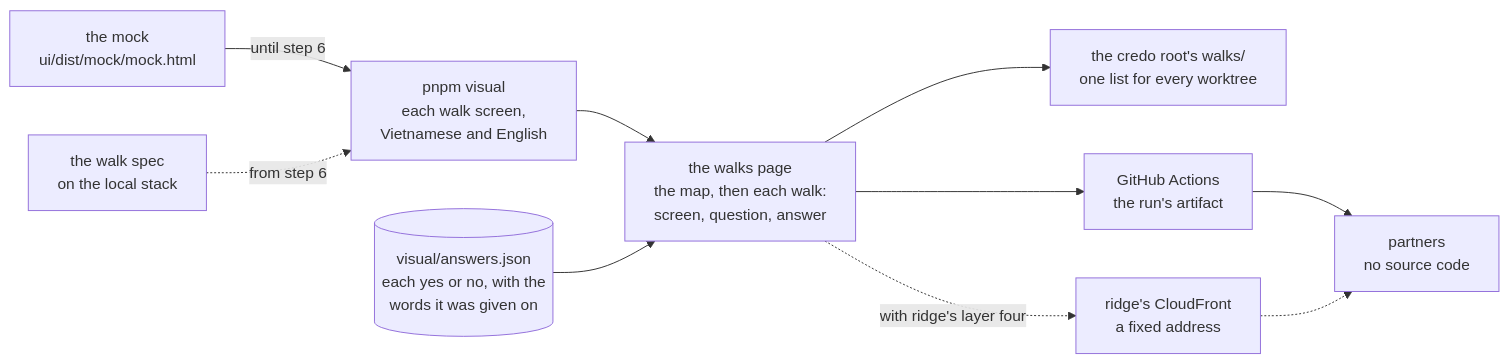
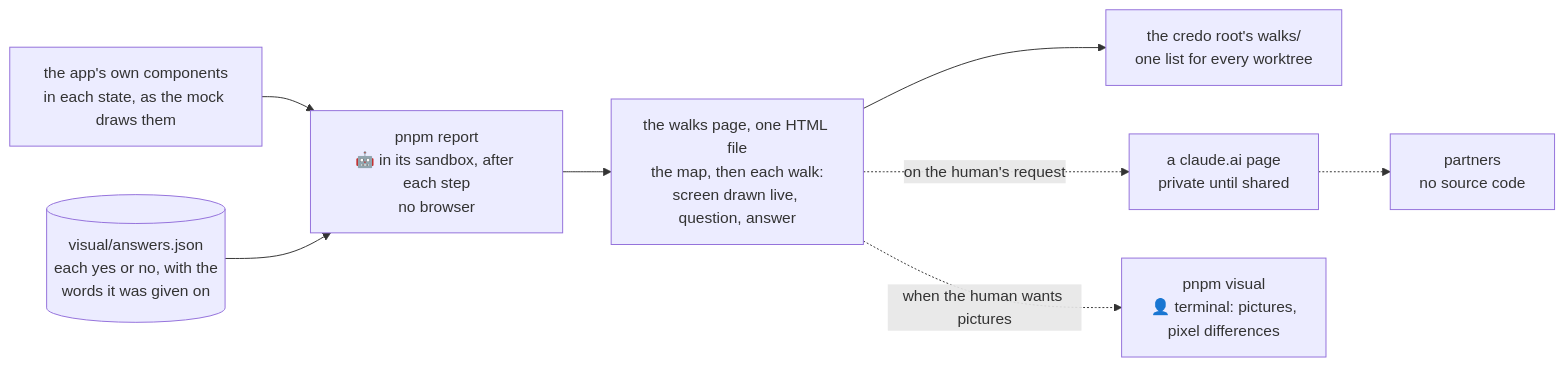
The diagram in docs/plans/2026-10-28-visual-report.md (ancJ29/credo), drawn with Mermaid before and after one commit. The commit also changed other lines of this file, not shown here.

First line of the commit message:
docs(plan): the visual report as a live page, with the human's answers

````diff
--- a/docs/plans/2026-10-28-visual-report.md
+++ b/docs/plans/2026-10-28-visual-report.md
@@ -16,13 +23,11 @@
 ```mermaid
 flowchart LR
-  mock["the mock<br/>ui/dist/mock/mock.html"] -- "until step 6" --> capture
-  spec["the walk spec<br/>on the local stack"] -. "from step 6" .-> capture
-  capture["pnpm visual<br/>each walk screen,<br/>Vietnamese and English"] --> page
-  answers[("visual/answers.json<br/>each yes or no, with the<br/>words it was given on")] --> page
-  page["the walks page<br/>the map, then each walk:<br/>screen, question, answer"]
+  ui["the app's own components<br/>in each state, as the mock draws them"] --> build
+  answers[("visual/answers.json<br/>each yes or no, with the<br/>words it was given on")] --> build
+  build["pnpm report<br/>🤖 in its sandbox, after each step<br/>no browser"] --> page
+  page["the walks page, one HTML file<br/>the map, then each walk:<br/>screen drawn live, question, answer"]
   page --> folder["the credo root's walks/<br/>one list for every worktree"]
-  page --> artifact["GitHub Actions<br/>the run's artifact"]
-  page -. "with ridge's layer four" .-> ridge["ridge's CloudFront<br/>a fixed address"]
-  artifact --> partners["partners<br/>no source code"]
-  ridge -.-> partners
+  page -. "on the human's request" .-> claude["a claude.ai page<br/>private until shared"]
+  claude -.-> partners["partners<br/>no source code"]
+  page -. "when the human wants pictures" .-> visual["pnpm visual<br/>👤 terminal: pictures,<br/>pixel differences"]
 ```
````
